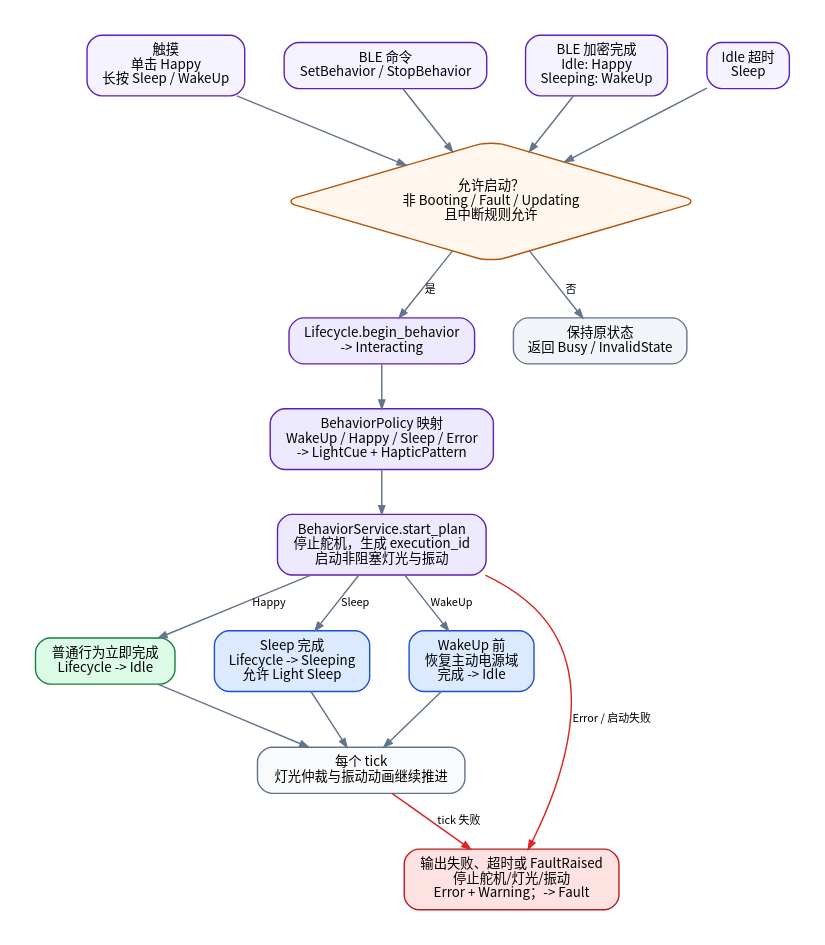
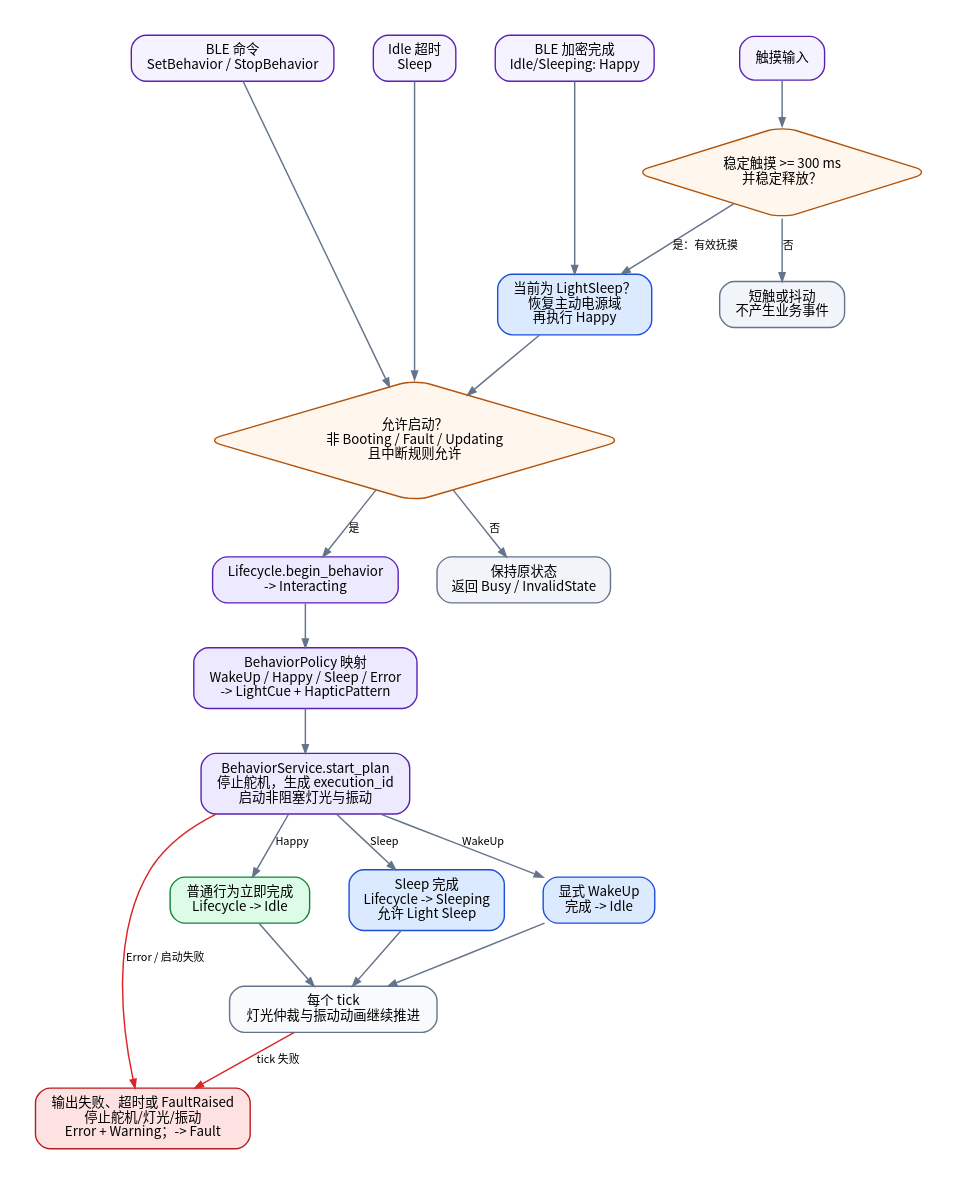
One commit to sunxun1017/plant_project changed the diagram in 00_docs/architecture/plant_v2_behavior_flow.dot. Above: the diagram before and after it, drawn with Graphviz. The commit also changed 37 other files, not shown here.

```diff
--- a/00_docs/architecture/plant_v2_behavior_flow.dot
+++ b/00_docs/architecture/plant_v2_behavior_flow.dot
@@ -1,43 +1,49 @@
 digraph PlantV2BehaviorFlow {
     graph [rankdir=TB, bgcolor="white", pad=0.3, nodesep=0.45, ranksep=0.5, fontname="Noto Sans CJK SC"];
     node [shape=box, style="rounded,filled", color="#5B21B6", penwidth=1.15, margin="0.16,0.10", fontname="Noto Sans CJK SC", fontsize=11];
     edge [color="#64748B", penwidth=1.2, arrowsize=0.7, fontname="Noto Sans CJK SC", fontsize=9];
 
     subgraph cluster_input {
         label="触发源";
         color="#DDD6FE";
         style="rounded";
-        touch [label="触摸\n单击 Happy\n长按 Sleep / WakeUp", fillcolor="#F5F3FF"];
+        touch [label="触摸输入", fillcolor="#F5F3FF"];
         ble [label="BLE 命令\nSetBehavior / StopBehavior", fillcolor="#F5F3FF"];
-        connected [label="BLE 加密完成\nIdle: Happy\nSleeping: WakeUp", fillcolor="#F5F3FF"];
+        connected [label="BLE 加密完成\nIdle/Sleeping: Happy", fillcolor="#F5F3FF"];
         timeout [label="Idle 超时\nSleep", fillcolor="#F5F3FF"];
     }
 
     gate [shape=diamond, label="允许启动？\n非 Booting / Fault / Updating\n且中断规则允许", fillcolor="#FFF7ED", color="#B45309"];
     lifecycleBegin [label="Lifecycle.begin_behavior\n-> Interacting", fillcolor="#EDE9FE"];
     plan [label="BehaviorPolicy 映射\nWakeUp / Happy / Sleep / Error\n-> LightCue + HapticPattern", fillcolor="#EDE9FE"];
     execute [label="BehaviorService.start_plan\n停止舵机，生成 execution_id\n启动非阻塞灯光与振动", fillcolor="#EDE9FE"];
     outputTick [label="每个 tick\n灯光仲裁与振动动画继续推进", fillcolor="#F8FAFC", color="#64748B"];
     complete [label="普通行为立即完成\nLifecycle -> Idle", fillcolor="#DCFCE7", color="#15803D"];
     sleeping [label="Sleep 完成\nLifecycle -> Sleeping\n允许 Light Sleep", fillcolor="#DBEAFE", color="#1D4ED8"];
-    wake [label="WakeUp 前\n恢复主动电源域\n完成 -> Idle", fillcolor="#DBEAFE", color="#1D4ED8"];
+    wake [label="显式 WakeUp\n完成 -> Idle", fillcolor="#DBEAFE", color="#1D4ED8"];
+    touchDuration [shape=diamond, label="稳定触摸 >= 300 ms\n并稳定释放？", fillcolor="#FFF7ED", color="#B45309"];
+    restore [label="当前为 LightSleep？\n恢复主动电源域\n再执行 Happy", fillcolor="#DBEAFE", color="#1D4ED8"];
+    ignoredTouch [label="短触或抖动\n不产生业务事件", fillcolor="#F1F5F9", color="#64748B"];
     rejected [label="保持原状态\n返回 Busy / InvalidState", fillcolor="#F1F5F9", color="#64748B"];
     fault [label="输出失败、超时或 FaultRaised\n停止舵机/灯光/振动\nError + Warning；-> Fault", fillcolor="#FEE2E2", color="#B91C1C"];
 
     {rank=same; touch; ble; connected; timeout;}
-    touch -> gate;
+    touch -> touchDuration;
+    touchDuration -> ignoredTouch [label="否"];
+    touchDuration -> restore [label="是：有效抚摸"];
     ble -> gate;
-    connected -> gate;
+    connected -> restore;
     timeout -> gate;
+    restore -> gate;
     gate -> rejected [label="否"];
     gate -> lifecycleBegin [label="是"];
     lifecycleBegin -> plan -> execute;
     execute -> wake [label="WakeUp"];
     execute -> complete [label="Happy"];
     execute -> sleeping [label="Sleep"];
     execute -> fault [label="Error / 启动失败", color="#DC2626"];
     wake -> outputTick;
     complete -> outputTick;
     sleeping -> outputTick;
     outputTick -> fault [label="tick 失败", color="#DC2626"];
 }
```
